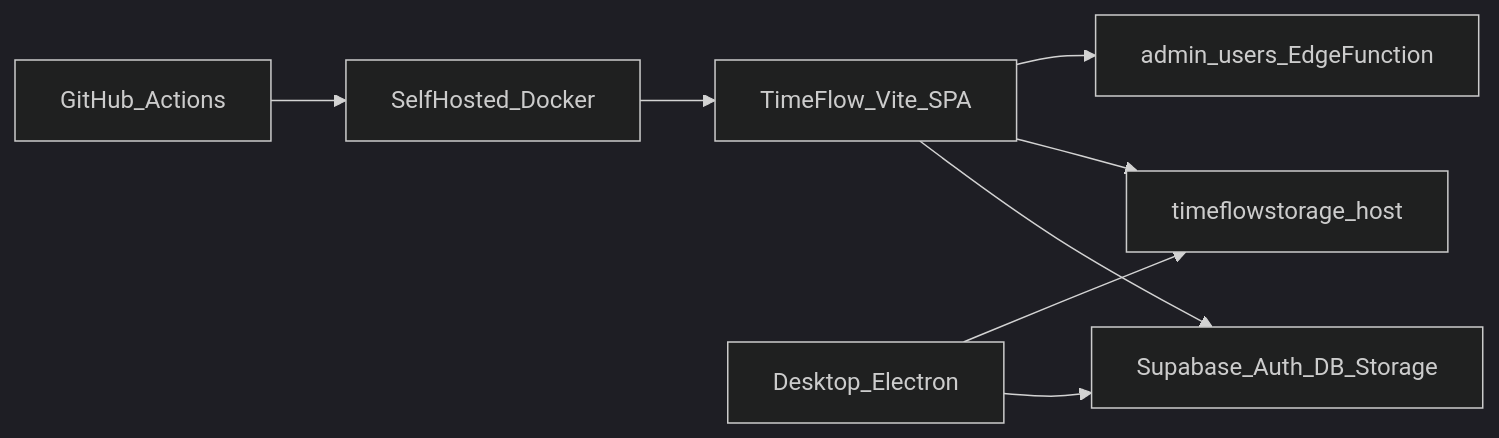
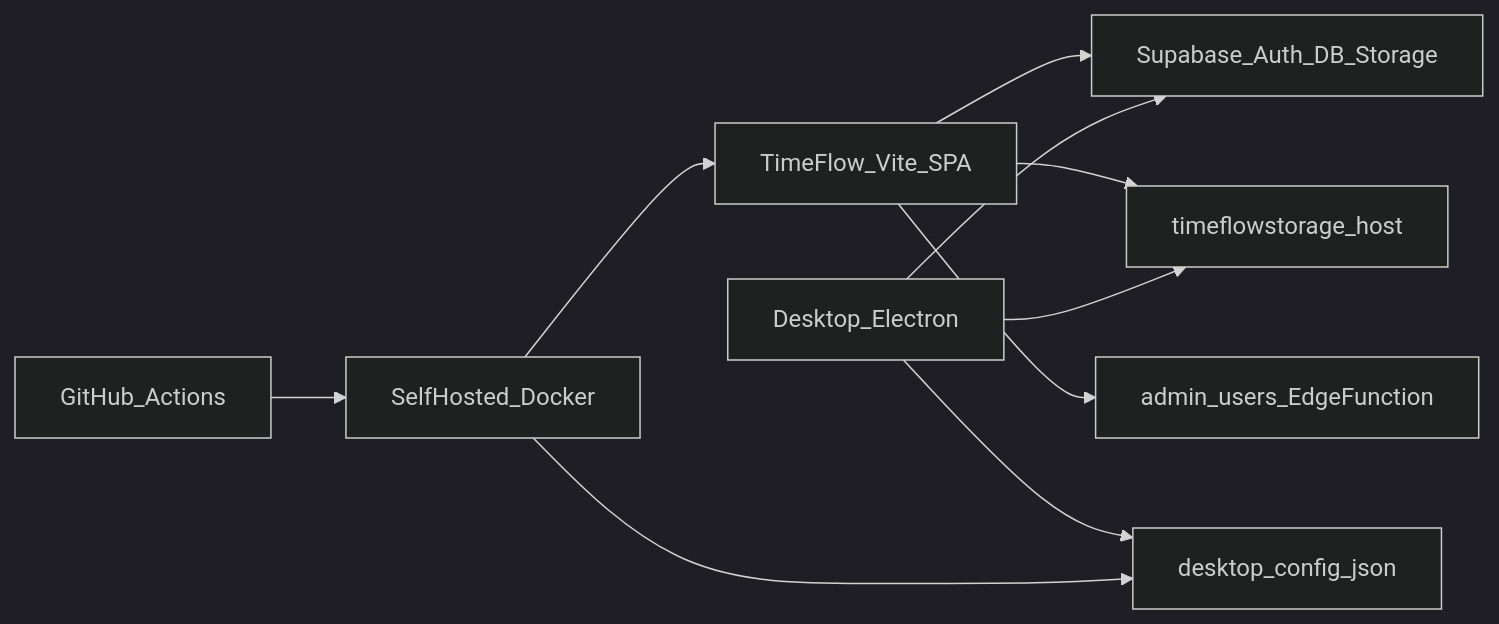
One commit to akshat-mechlin/TimeFlow changed the diagram in SECURITY_AUDIT_REPORT.md. Above: the diagram before and after it, drawn with Mermaid (dark theme). The commit also changed other lines of this file and 9 other files, not shown here.

````diff
--- a/SECURITY_AUDIT_REPORT.md
+++ b/SECURITY_AUDIT_REPORT.md
@@ -71,18 +174,21 @@
 ```mermaid
 flowchart LR
   WebSPA[TimeFlow_Vite_SPA]
   Electron[Desktop_Electron]
   SB[Supabase_Auth_DB_Storage]
   Store[timeflowstorage_host]
   GHA[GitHub_Actions]
   Runner[SelfHosted_Docker]
   Edge[admin_users_EdgeFunction]
+  Config[desktop_config_json]
 
   WebSPA --> SB
   Electron --> SB
+  Electron --> Config
   WebSPA --> Store
   Electron --> Store
   WebSPA --> Edge
   GHA --> Runner
   Runner --> WebSPA
+  Runner --> Config
 ```
````
